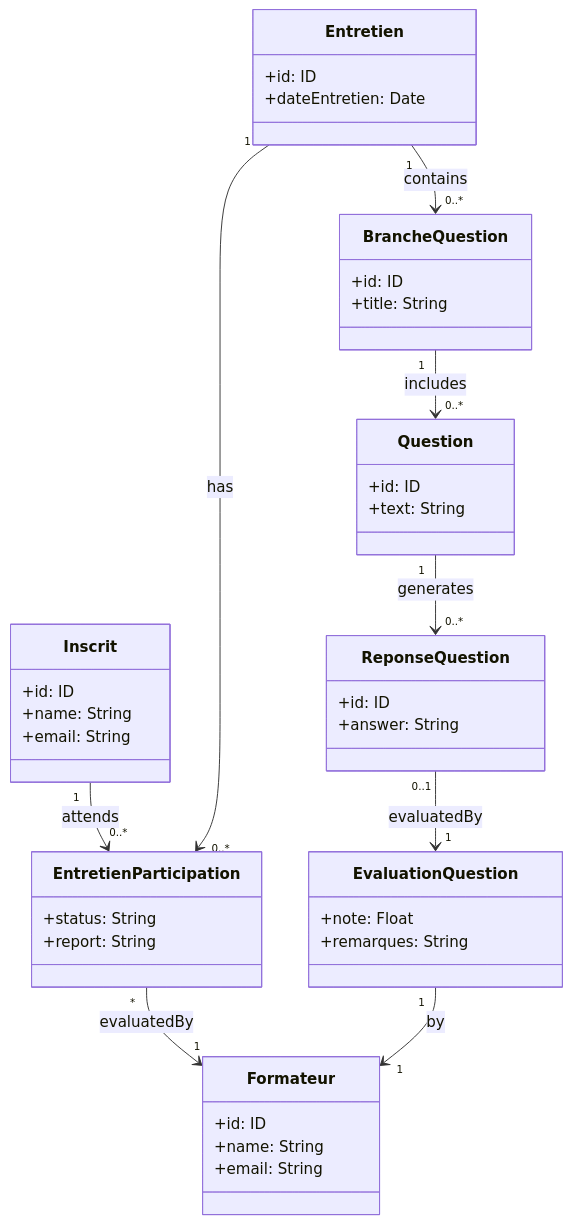
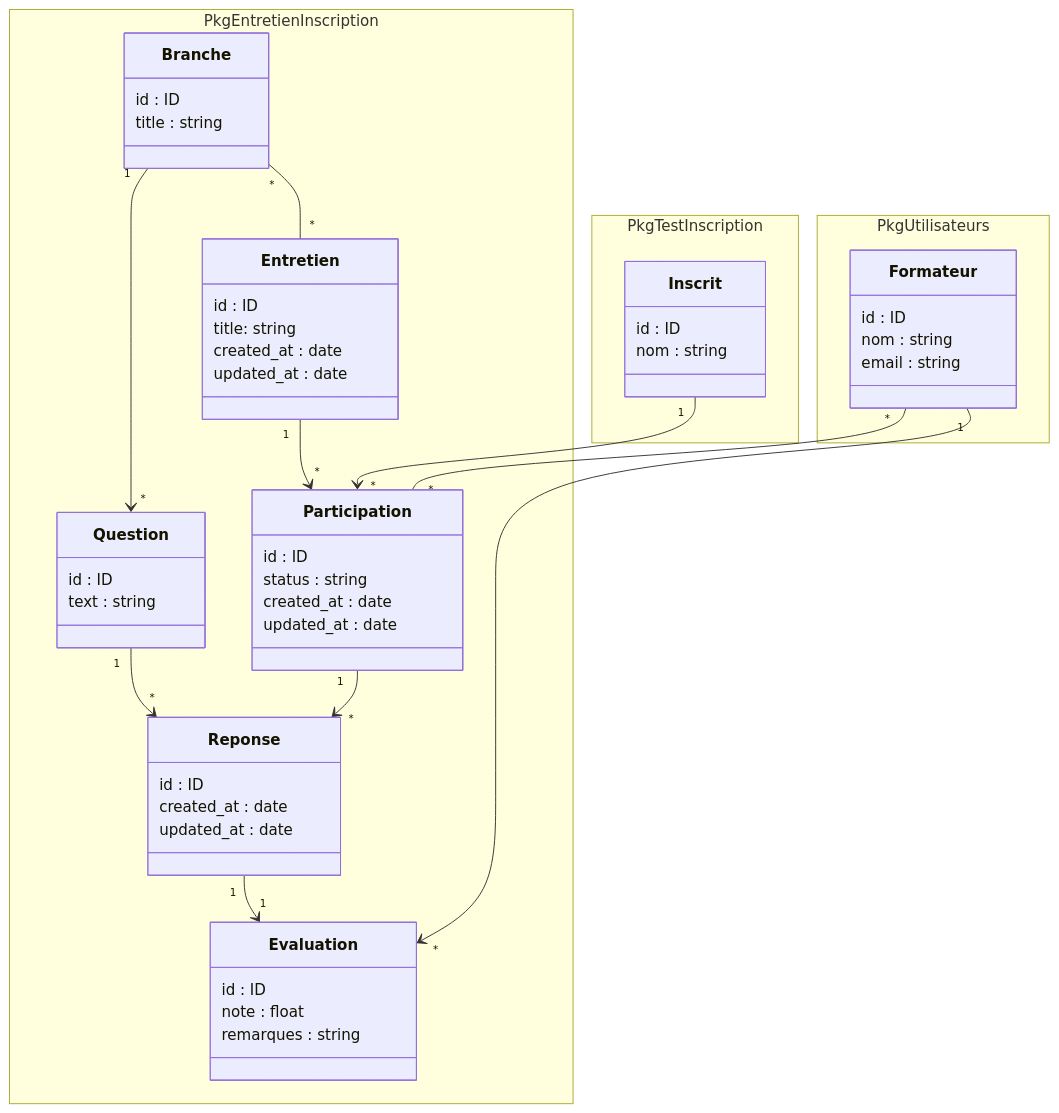
One commit to Suirita/File_rouge changed the diagram in Diagramme_de_class/Diagramme_de_class.mmd. Above: the diagram before and after it, drawn with Mermaid. The commit also changed 36 other files, not shown here.

```diff
--- a/Diagramme_de_class/Diagramme_de_class.mmd
+++ b/Diagramme_de_class/Diagramme_de_class.mmd
@@ -1,50 +1,76 @@
 classDiagram
-  %% Packages
-  %% Utilisateurs
-  class Formateur {
-    +id: ID
-    +name: String
-    +email: String
-  }
 
-  %% EntretienInscription
-  class Inscrit {
-    +id: ID
-    +name: String
-    +email: String
-  }
-  class Entretien {
-    +id: ID
-    +dateEntretien: Date
-  }
-  class EntretienParticipation {
-    +status: String
-    +report: String
-  }
-  class BrancheQuestion {
-    +id: ID
-    +title: String
-  }
-  class Question {
-    +id: ID
-    +text: String
-  }
-  class ReponseQuestion {
-    +id: ID
-    +answer: String
-  }
-  class EvaluationQuestion {
-    +note: Float
-    +remarques: String
-  }
+namespace PkgEntretienInscription {
+  class Entretien
+  class Participation
+  class Branche
+  class Question
+  class Reponse
+  class Evaluation
+}
 
-  %% Associations
-  Inscrit "1" --> "0..*" EntretienParticipation : attends
-  Entretien "1" --> "0..*" EntretienParticipation : has
-  EntretienParticipation "*" --> "1" Formateur : evaluatedBy
+class Entretien {
+  id : ID
+  title: string
+  created_at : date
+  updated_at : date
+}
 
-  Entretien "1" --> "0..*" BrancheQuestion : contains
-  BrancheQuestion "1" --> "0..*" Question : includes
-  Question "1" --> "0..*" ReponseQuestion : generates
-  ReponseQuestion "0..1" --> "1" EvaluationQuestion : evaluatedBy
-  EvaluationQuestion "1" --> "1" Formateur : by
+class Participation {
+  id : ID
+  status : string
+  created_at : date
+  updated_at : date
+}
+
+class Branche {
+  id : ID
+  title : string
+}
+
+class Question {
+  id : ID
+  text : string
+}
+
+class Reponse {
+  id : ID
+  created_at : date
+  updated_at : date
+}
+
+class Evaluation{
+  id : ID
+  note : float
+  remarques : string
+}
+
+namespace PkgTestInscription {
+  class Inscrit
+}
+
+class Inscrit {
+  id : ID
+  nom : string
+}
+
+namespace PkgUtilisateurs {
+  class Formateur
+}
+
+class Formateur {
+  id : ID
+  nom : string
+  email : string
+}
+
+
+Inscrit "1" --> "*" Participation
+Participation "1" --> "*" Reponse
+Formateur "*" -- "*" Participation
+Branche "1" --> "*" Question
+Reponse "1" --> "1" Evaluation
+Formateur "1" --> "*" Evaluation
+Entretien "1" --> "*" Participation
+Branche "*" -- "*" Entretien
+Question "1" --> "*" Reponse
```
